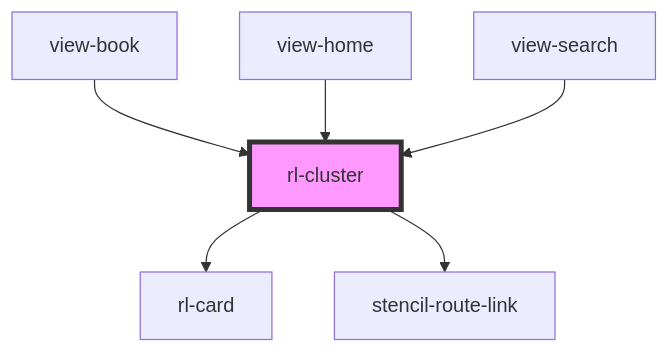
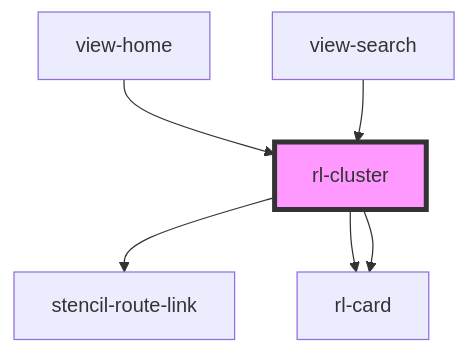
The diagram in src/components/cluster/readme.md (torontomulibrary/building-info-system), drawn with Mermaid before and after one commit. The commit also changed other lines of this file and 7 other files, not shown here.

````diff
--- a/src/components/cluster/readme.md
+++ b/src/components/cluster/readme.md
@@ -33,9 +34,9 @@
 ```mermaid
 graph TD;
+  rl-cluster --> stencil-route-link
   rl-cluster --> rl-card
-  rl-cluster --> stencil-route-link
-  view-book --> rl-cluster
+  rl-cluster --> rl-card
   view-home --> rl-cluster
   view-search --> rl-cluster
   style rl-cluster fill:#f9f,stroke:#333,stroke-width:4px
 ```
````
